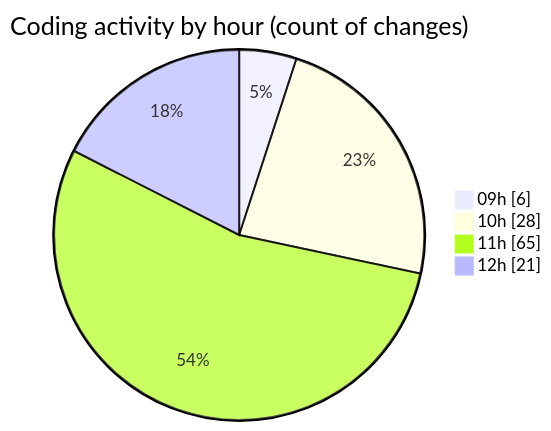
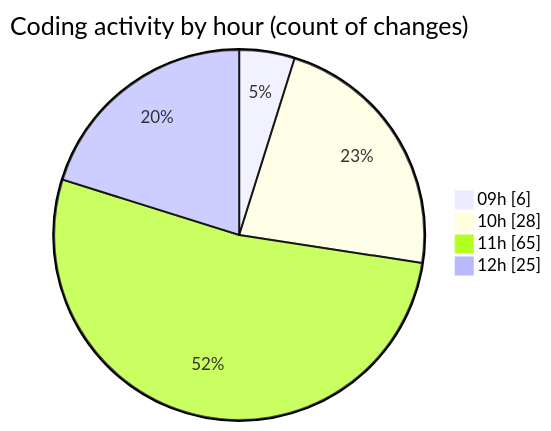
The second of 2 diagrams in 2025-03-27/cda/README.md (momahboobian/code-tracking), drawn with Mermaid before and after one commit. The commit also changed other lines of this file and 1 other file, not shown here.

````diff
--- a/2025-03-27/cda/README.md
+++ b/2025-03-27/cda/README.md
@@ -30,8 +30,8 @@
 ```mermaid
 pie showData
 title Coding activity by hour (count of changes)
 "09h" : 6
 "10h" : 28
 "11h" : 65
-"12h" : 21
+"12h" : 25
 ```
````
